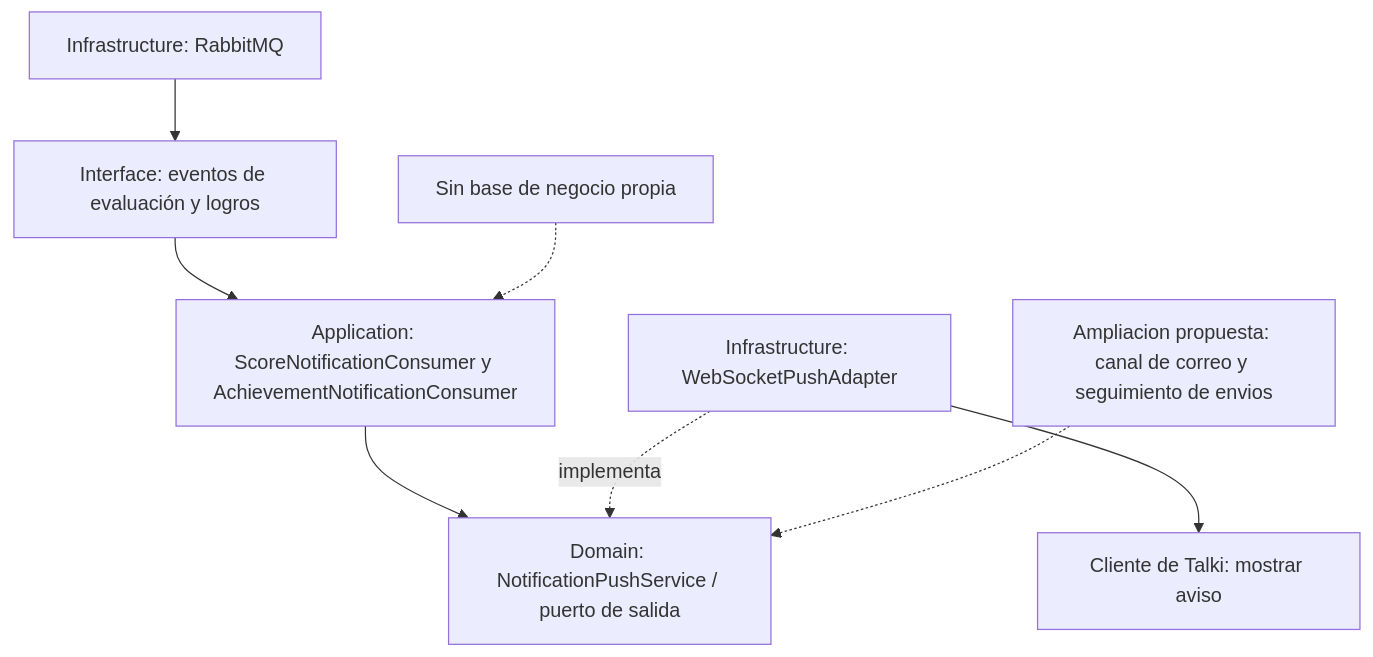
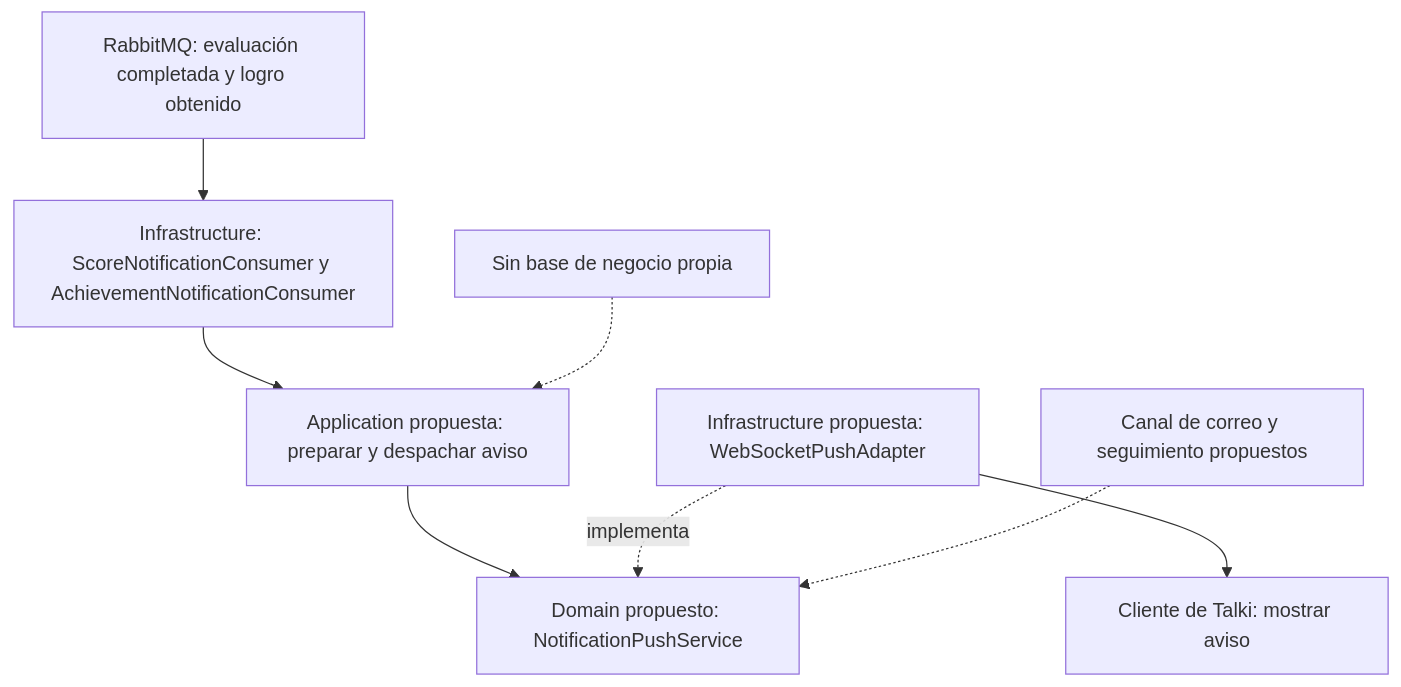
Before and after one commit to upc-pre-202620-si728-16365-thropic/talki-project-report: the diagram in assets/diagrams/tactical/10-notifications-components.mmd, drawn with Mermaid. The commit also changed 23 other files, not shown here.

```diff
--- a/assets/diagrams/tactical/10-notifications-components.mmd
+++ b/assets/diagrams/tactical/10-notifications-components.mmd
@@ -1,8 +1,8 @@
 flowchart TB
-  input["Interface: eventos de evaluación y logros"] --> consumers["Application: ScoreNotificationConsumer y AchievementNotificationConsumer"]
-  consumers --> port["Domain: NotificationPushService / puerto de salida"]
-  adapter["Infrastructure: WebSocketPushAdapter"] -. implementa .-> port
+  broker["RabbitMQ: evaluación completada y logro obtenido"] --> consumers["Infrastructure: ScoreNotificationConsumer y AchievementNotificationConsumer"]
+  consumers --> app["Application propuesta: preparar y despachar aviso"]
+  app --> port["Domain propuesto: NotificationPushService"]
+  adapter["Infrastructure propuesta: WebSocketPushAdapter"] -. implementa .-> port
   adapter --> user["Cliente de Talki: mostrar aviso"]
-  broker["Infrastructure: RabbitMQ"] --> input
-  email["Ampliacion propuesta: canal de correo y seguimiento de envios"] -.-> port
-  note["Sin base de negocio propia"] -.-> consumers
+  email["Canal de correo y seguimiento propuestos"] -.-> port
+  note["Sin base de negocio propia"] -.-> app
```
